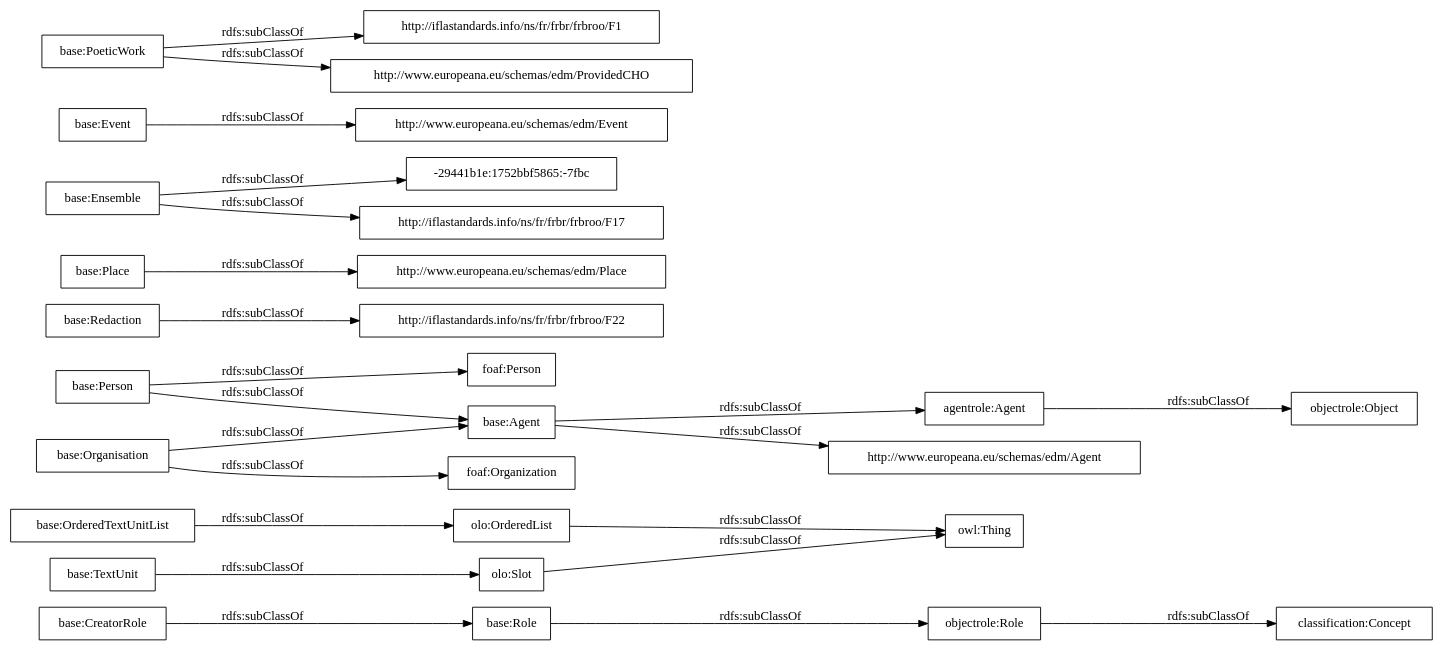
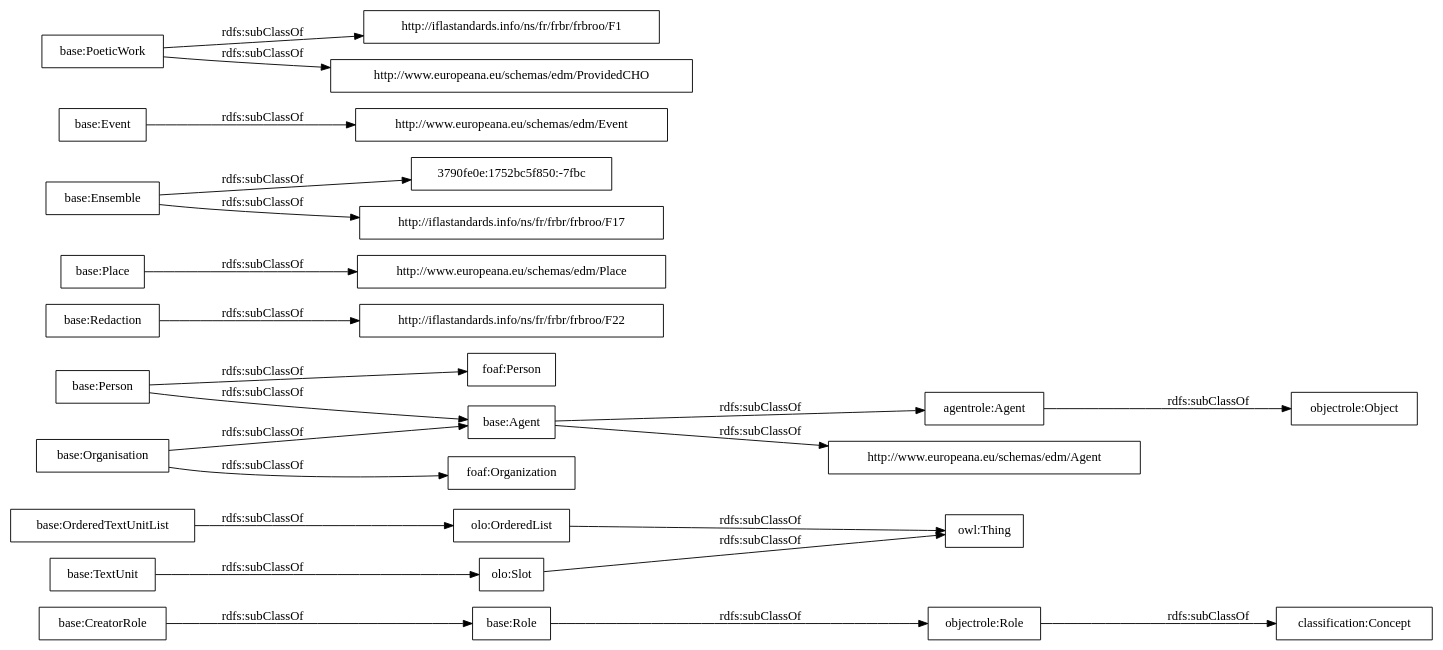
One commit to OnToologyUser/core-ontology-1 changed the diagram in OnToology/postdata-core.owl/diagrams/ar2dtool-taxonomy/postdata-core.owl.png.dot. Above: the diagram before and after it, drawn with Graphviz. The commit also changed 14 other files, not shown here.

```diff
--- a/OnToology/postdata-core.owl/diagrams/ar2dtool-taxonomy/postdata-core.owl.png.dot
+++ b/OnToology/postdata-core.owl/diagrams/ar2dtool-taxonomy/postdata-core.owl.png.dot
@@ -1,27 +1,27 @@
 digraph ar2dtool_diagram { 
 rankdir=LR;
 size="1000"
-node [shape = rectangle, color="black"]; "base:Role" "base:OrderedTextUnitList" "agentrole:Agent" "http://iflastandards.info/ns/fr/frbr/frbroo/F22" "http://www.europeana.eu/schemas/edm/Agent" "base:Agent" "base:CreatorRole" "base:Person" "base:Organisation" "http://www.europeana.eu/schemas/edm/Place" "base:Redaction" "-29441b1e:1752bbf5865:-7fbc" "base:Ensemble" "foaf:Person" "http://www.europeana.eu/schemas/edm/Event" "base:TextUnit" "http://iflastandards.info/ns/fr/frbr/frbroo/F1" "foaf:Organization" "http://www.europeana.eu/schemas/edm/ProvidedCHO" "base:Place" "base:Event" "base:PoeticWork" "http://iflastandards.info/ns/fr/frbr/frbroo/F17" "owl:Thing" "objectrole:Role" "objectrole:Object" "olo:Slot" "olo:OrderedList" "classification:Concept" ; /*classes style*/
+node [shape = rectangle, color="black"]; "base:Role" "base:OrderedTextUnitList" "agentrole:Agent" "http://iflastandards.info/ns/fr/frbr/frbroo/F22" "http://www.europeana.eu/schemas/edm/Agent" "base:Agent" "base:CreatorRole" "base:Person" "base:Organisation" "http://www.europeana.eu/schemas/edm/Place" "base:Redaction" "base:Ensemble" "foaf:Person" "http://www.europeana.eu/schemas/edm/Event" "base:TextUnit" "http://iflastandards.info/ns/fr/frbr/frbroo/F1" "foaf:Organization" "http://www.europeana.eu/schemas/edm/ProvidedCHO" "base:Place" "base:Event" "3790fe0e:1752bc5f850:-7fbc" "base:PoeticWork" "http://iflastandards.info/ns/fr/frbr/frbroo/F17" "owl:Thing" "objectrole:Role" "objectrole:Object" "olo:Slot" "olo:OrderedList" "classification:Concept" ; /*classes style*/
 	"base:Redaction" -> "http://iflastandards.info/ns/fr/frbr/frbroo/F22" [ label = "rdfs:subClassOf" ];
 	"base:Role" -> "objectrole:Role" [ label = "rdfs:subClassOf" ];
 	"base:Event" -> "http://www.europeana.eu/schemas/edm/Event" [ label = "rdfs:subClassOf" ];
 	"base:Person" -> "foaf:Person" [ label = "rdfs:subClassOf" ];
 	"base:Person" -> "base:Agent" [ label = "rdfs:subClassOf" ];
 	"olo:OrderedList" -> "owl:Thing" [ label = "rdfs:subClassOf" ];
 	"olo:Slot" -> "owl:Thing" [ label = "rdfs:subClassOf" ];
 	"base:PoeticWork" -> "http://www.europeana.eu/schemas/edm/ProvidedCHO" [ label = "rdfs:subClassOf" ];
 	"base:PoeticWork" -> "http://iflastandards.info/ns/fr/frbr/frbroo/F1" [ label = "rdfs:subClassOf" ];
 	"base:TextUnit" -> "olo:Slot" [ label = "rdfs:subClassOf" ];
 	"agentrole:Agent" -> "objectrole:Object" [ label = "rdfs:subClassOf" ];
-	"base:Ensemble" -> "-29441b1e:1752bbf5865:-7fbc" [ label = "rdfs:subClassOf" ];
+	"base:Ensemble" -> "3790fe0e:1752bc5f850:-7fbc" [ label = "rdfs:subClassOf" ];
 	"base:Ensemble" -> "http://iflastandards.info/ns/fr/frbr/frbroo/F17" [ label = "rdfs:subClassOf" ];
 	"base:OrderedTextUnitList" -> "olo:OrderedList" [ label = "rdfs:subClassOf" ];
 	"base:Agent" -> "agentrole:Agent" [ label = "rdfs:subClassOf" ];
 	"base:Agent" -> "http://www.europeana.eu/schemas/edm/Agent" [ label = "rdfs:subClassOf" ];
 	"objectrole:Role" -> "classification:Concept" [ label = "rdfs:subClassOf" ];
 	"base:Place" -> "http://www.europeana.eu/schemas/edm/Place" [ label = "rdfs:subClassOf" ];
 	"base:Organisation" -> "foaf:Organization" [ label = "rdfs:subClassOf" ];
 	"base:Organisation" -> "base:Agent" [ label = "rdfs:subClassOf" ];
 	"base:CreatorRole" -> "base:Role" [ label = "rdfs:subClassOf" ];
 
 }
```
